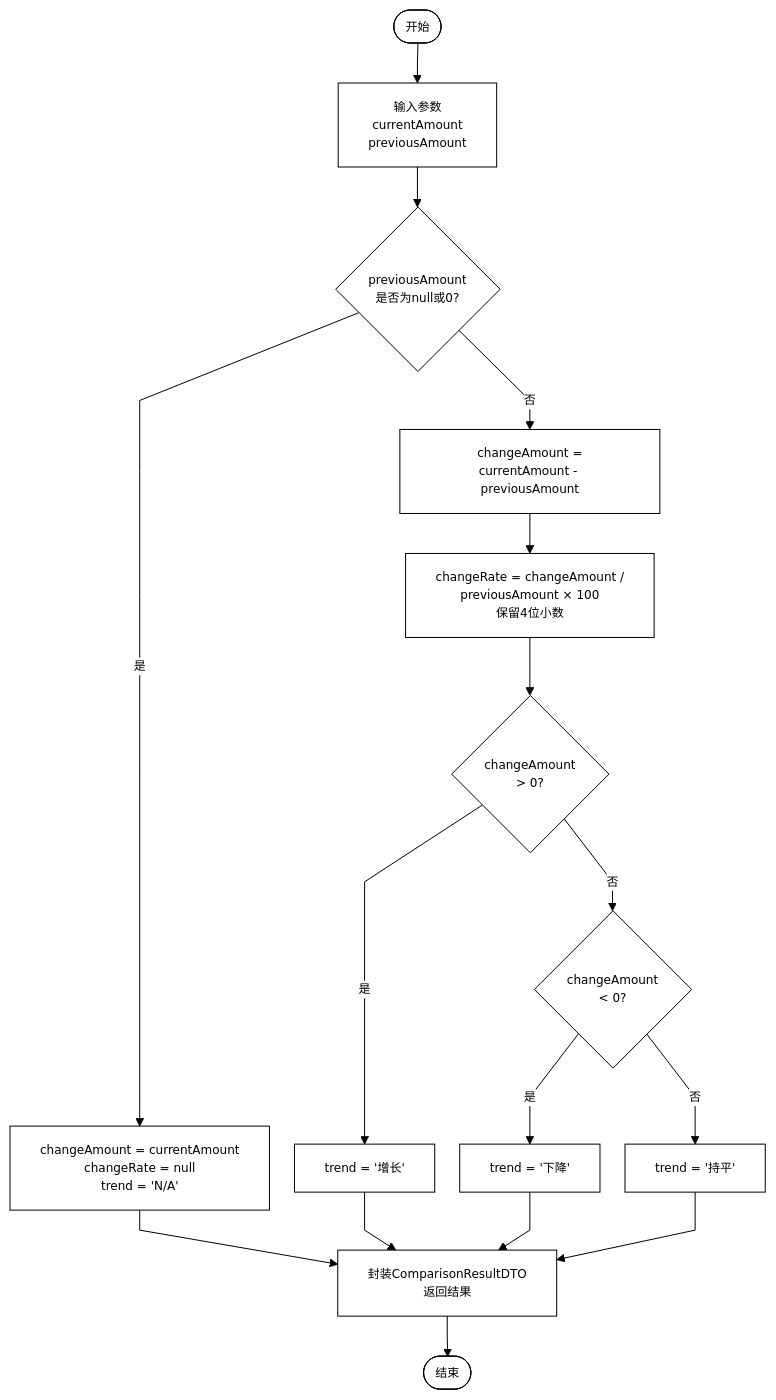
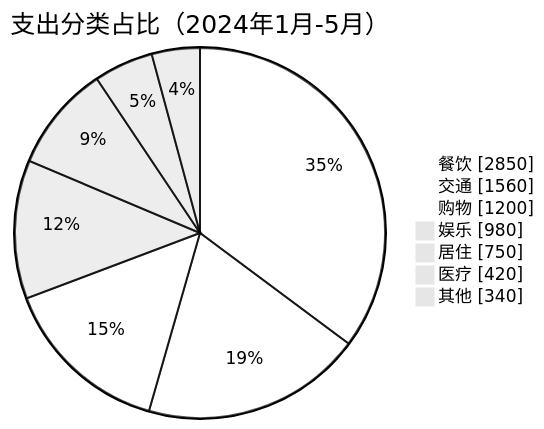
One commit to C1010wj/iodraw-files changed the diagram in all/未命名-2.md. Above: the diagram before and after it, drawn with Mermaid.

Commit message:
2026-05-06 15:20:47 update

````diff
--- a/all/未命名-2.md
+++ b/all/未命名-2.md
@@ -1,43 +1,32 @@
 ```mermaid
 %%{init: {
     'theme': 'base',
     'themeVariables': {
         'primaryColor': '#ffffff',
         'primaryTextColor': '#000000',
         'primaryBorderColor': '#000000',
         'lineColor': '#000000',
-        'secondaryColor': '#ffffff',
-        'tertiaryColor': '#ffffff',
+        'pie': {
+            'borderColor': '#000000',
+            'labelColor': '#000000',
+            'backgroundColor': '#ffffff',
+            'colors': ['#ffffff', '#f0f0f0', '#e0e0e0', '#d0d0d0', '#c0c0c0', '#b0b0b0', '#a0a0a0']
+        },
         'fontSize': '12px'
     },
-    'flowchart': {
-        'rankSpacing': 40,
-        'nodeSpacing': 25,
-        'curve': 'linear',
-        'useMaxWidth': true,
-        'maxWidth': 140
+    'pie': {
+        'maxWidth': 240,
+        'minWidth': 200,
+        'radius': 0.8
     }
 }}%%
-flowchart TD
-    Start([开始]) --> Input[输入参数<br/>currentAmount<br/>previousAmount]
-    Input --> Check{previousAmount<br/>是否为null或0?}
-    
-    Check -->|是| Result1[changeAmount = currentAmount<br/>changeRate = null<br/>trend = 'N/A']
-    Check -->|否| Calc1[changeAmount =<br/>currentAmount - previousAmount]
-    
-    Calc1 --> Calc2[changeRate = changeAmount /<br/>previousAmount × 100<br/>保留4位小数]
-    Calc2 --> Judge{changeAmount<br/>> 0?}
-    
-    Judge -->|是| Result2[trend = '增长']
-    Judge -->|否| Judge2{changeAmount<br/>< 0?}
-    
-    Judge2 -->|是| Result3[trend = '下降']
-    Judge2 -->|否| Result4[trend = '持平']
-    
-    Result1 --> Return[封装ComparisonResultDTO<br/>返回结果]
-    Result2 --> Return
-    Result3 --> Return
-    Result4 --> Return
-    
-    Return --> End([结束])
+pie showData
+    title 支出分类占比（2024年1月-5月）
+    "餐饮" : 2850
+    "交通" : 1560
+    "购物" : 1200
+    "娱乐" : 980
+    "居住" : 750
+    "医疗" : 420
+    "其他" : 340
 ```
````
